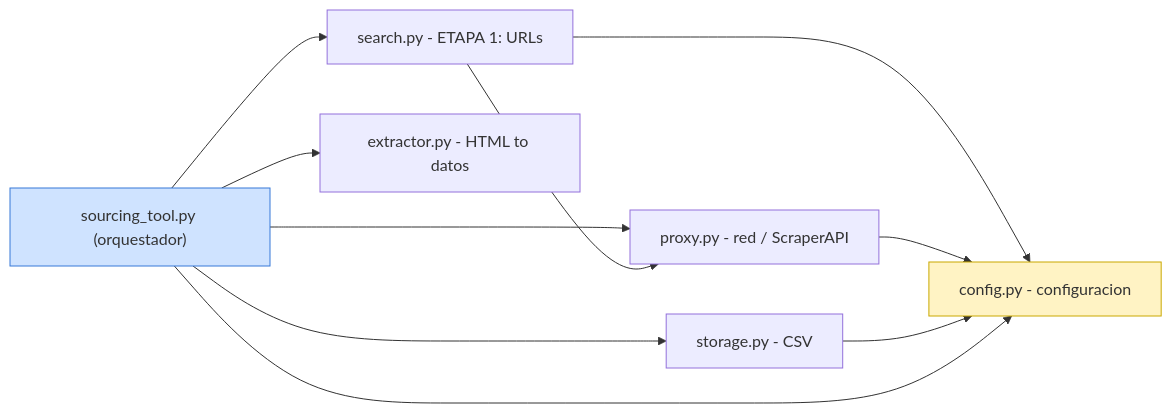
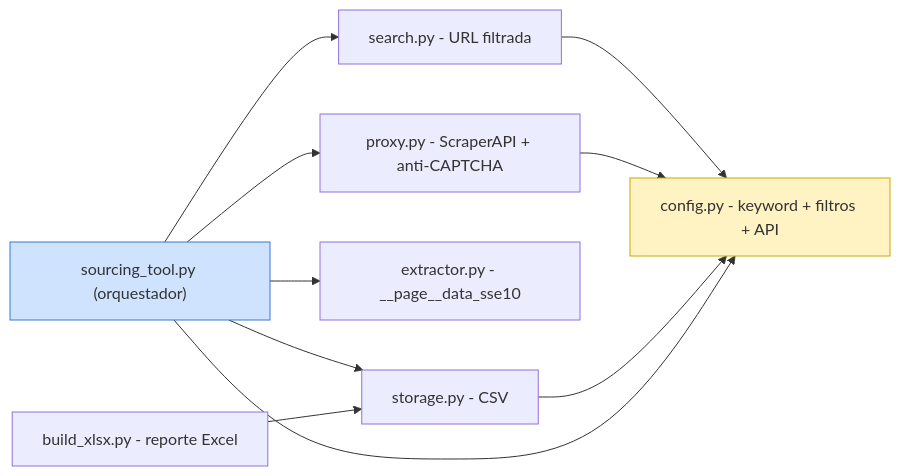
The third of 3 diagrams in DIAGRAMA.md (oldemar-m99/alibaba_Scrapper), drawn with Mermaid before and after one commit. The commit also changed other lines of this file and 1 other file, not shown here.

First line of the commit message:
Actualiza README y diagramas al flujo nuevo (ScraperAPI + __page__data_sse10)

````diff
--- a/DIAGRAMA.md
+++ b/DIAGRAMA.md
@@ -65,22 +75,23 @@
 ```mermaid
 flowchart LR
     MAIN["sourcing_tool.py (orquestador)"]
-    CFG["config.py - configuracion"]
-    PRX["proxy.py - red / ScraperAPI"]
-    SRCH["search.py - ETAPA 1: URLs"]
-    EXT["extractor.py - HTML to datos"]
+    CFG["config.py - keyword + filtros + API"]
+    SRCH["search.py - URL filtrada"]
+    PRX["proxy.py - ScraperAPI + anti-CAPTCHA"]
+    EXT["extractor.py - __page__data_sse10"]
     STO["storage.py - CSV"]
+    XLS["build_xlsx.py - reporte Excel"]
 
     MAIN --> SRCH
+    MAIN --> PRX
     MAIN --> EXT
     MAIN --> STO
-    MAIN --> PRX
-    SRCH --> PRX
     SRCH --> CFG
     PRX --> CFG
     STO --> CFG
     MAIN --> CFG
+    XLS --> STO
 
     style CFG fill:#fff3c4,stroke:#caa800
     style MAIN fill:#cfe3ff,stroke:#3678d8
 ```
````
